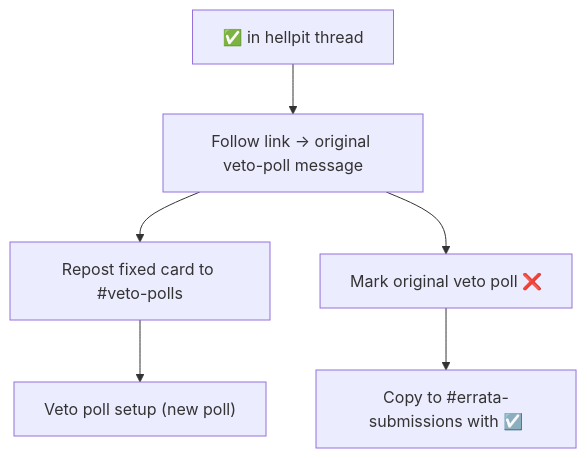
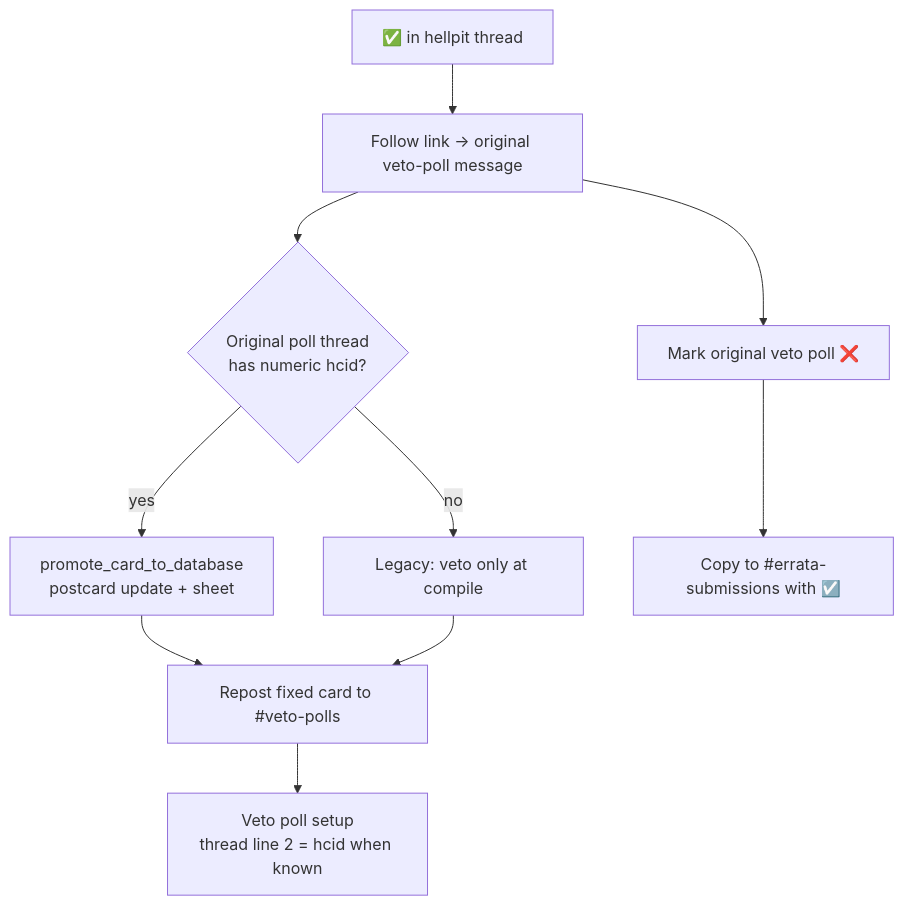
One commit to bones-bones/mork changed the sixth of 6 diagrams in docs/card-flows/veto.md. Above: the diagram before and after it, drawn with Mermaid. The commit also changed 4 other files, not shown here.

Commit message:
Document promote-at-threshold, hellpit hcid resubmit, and phases 2–4 backlog.

````diff
--- a/docs/card-flows/veto.md
+++ b/docs/card-flows/veto.md
@@ -141,8 +141,12 @@
 ```mermaid
 flowchart TD
   RX["✅ in hellpit thread"] --> READ["Follow link → original veto-poll message"]
-  READ --> REPOST["Repost fixed card to #veto-polls"]
-  REPOST --> HVP["Veto poll setup (new poll)"]
+  READ --> HCID{"Original poll thread<br/>has numeric hcid?"}
+  HCID -->|yes| PROMO["promote_card_to_database<br/>postcard update + sheet"]
+  HCID -->|no| LEG["Legacy: veto only at compile"]
+  PROMO --> REPOST["Repost fixed card to #veto-polls"]
+  LEG --> REPOST
+  REPOST --> HVP["Veto poll setup<br/>thread line 2 = hcid when known"]
   READ --> MARK["Mark original veto poll ❌"]
   MARK --> ERR["Copy to #errata-submissions with ☑️"]
 ```
````
